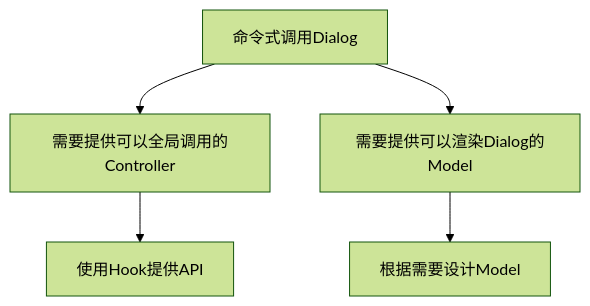
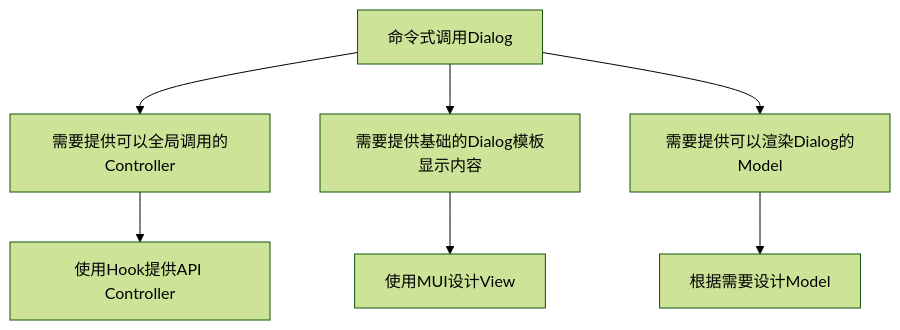
Before and after one commit to sheason2019/global-dialog-demo: the diagram in README.md, drawn with Mermaid (forest theme). The commit also changed other lines of this file and 2 other files, not shown here.

````diff
--- a/README.md
+++ b/README.md
@@ -39,7 +39,10 @@
 ```mermaid
   graph TD;
   A[命令式调用Dialog] --> B[需要提供可以全局调用的Controller];
+  A --> G[需要提供基础的Dialog模板显示内容]
+  G --> H[使用MUI设计View]
   A --> C[需要提供可以渲染Dialog的Model]
-  B --> E[使用Hook提供API]
+  B --> E[使用Hook提供API Controller]
   C --> F[根据需要设计Model]
+
 ```
````
